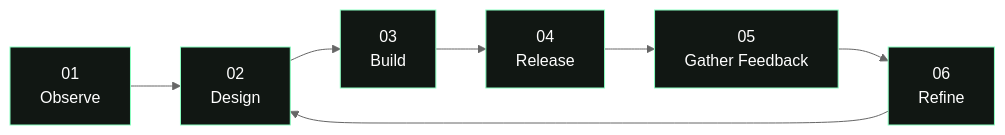
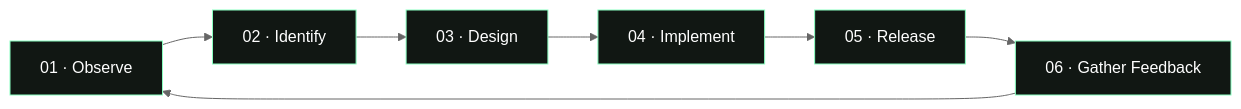
Before and after one commit to caiyuyou1227-glitch/tequila: the third of 3 diagrams in README.md, drawn with Mermaid (neutral theme). The commit also changed other lines of this file, not shown here.

````diff
--- a/README.md
+++ b/README.md
@@ -348,12 +350,12 @@
 ```mermaid
 flowchart LR
-    A["01<br/>Observe"] --> B["02<br/>Design"]
-    B --> C["03<br/>Build"]
-    C --> D["04<br/>Release"]
-    D --> E["05<br/>Gather Feedback"]
-    E --> F["06<br/>Refine"]
-    F --> B
+    A["01 · Observe"] --> B["02 · Identify"]
+    B --> C["03 · Design"]
+    C --> D["04 · Implement"]
+    D --> E["05 · Release"]
+    E --> F["06 · Gather Feedback"]
+    F --> A
 
     classDef stage fill:#111713,stroke:#8AFFC1,color:#FFFFFF
     class A,B,C,D,E,F stage
 ```
````
